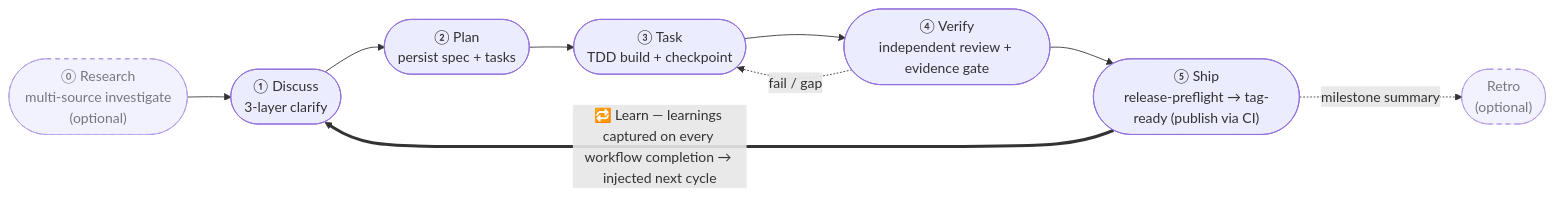
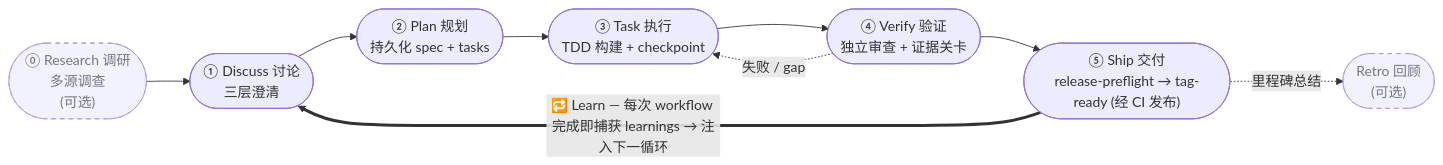
One commit to easyinplay/harnessed changed the first of 2 diagrams in README.md. Above: the diagram before and after it, drawn with Mermaid. The commit also changed other lines of this file and 59 other files, not shown here.

````diff
--- a/README.md
+++ b/README.md
@@ -27,12 +27,12 @@
 ```mermaid
 flowchart LR
-  R(["⓪ Research<br/>multi-source investigate<br/>(optional)"]):::opt --> D
-  D(["① Discuss<br/>3-layer clarify"]) --> P(["② Plan<br/>persist spec + tasks"])
-  P --> T(["③ Task<br/>TDD build + checkpoint"])
-  T --> V(["④ Verify<br/>independent review + evidence gate"])
-  V --> S(["⑤ Ship<br/>release-preflight → tag-ready (publish via CI)"])
-  S -. "milestone summary" .-> RT(["Retro<br/>(optional)"]):::opt
-  V -. "fail / gap" .-> T
-  S == "🔁 Learn — learnings captured on every workflow completion → injected next cycle" ==> D
+  R(["⓪ Research 调研<br/>多源调查<br/>(可选)"]):::opt --> D
+  D(["① Discuss 讨论<br/>三层澄清"]) --> P(["② Plan 规划<br/>持久化 spec + tasks"])
+  P --> T(["③ Task 执行<br/>TDD 构建 + checkpoint"])
+  T --> V(["④ Verify 验证<br/>独立审查 + 证据关卡"])
+  V --> S(["⑤ Ship 交付<br/>release-preflight → tag-ready (经 CI 发布)"])
+  S -. "里程碑总结" .-> RT(["Retro 回顾<br/>(可选)"]):::opt
+  V -. "失败 / gap" .-> T
+  S == "🔁 Learn — 每次 workflow 完成即捕获 learnings → 注入下一循环" ==> D
   classDef opt stroke-dasharray:5,opacity:0.8
 ```
````
